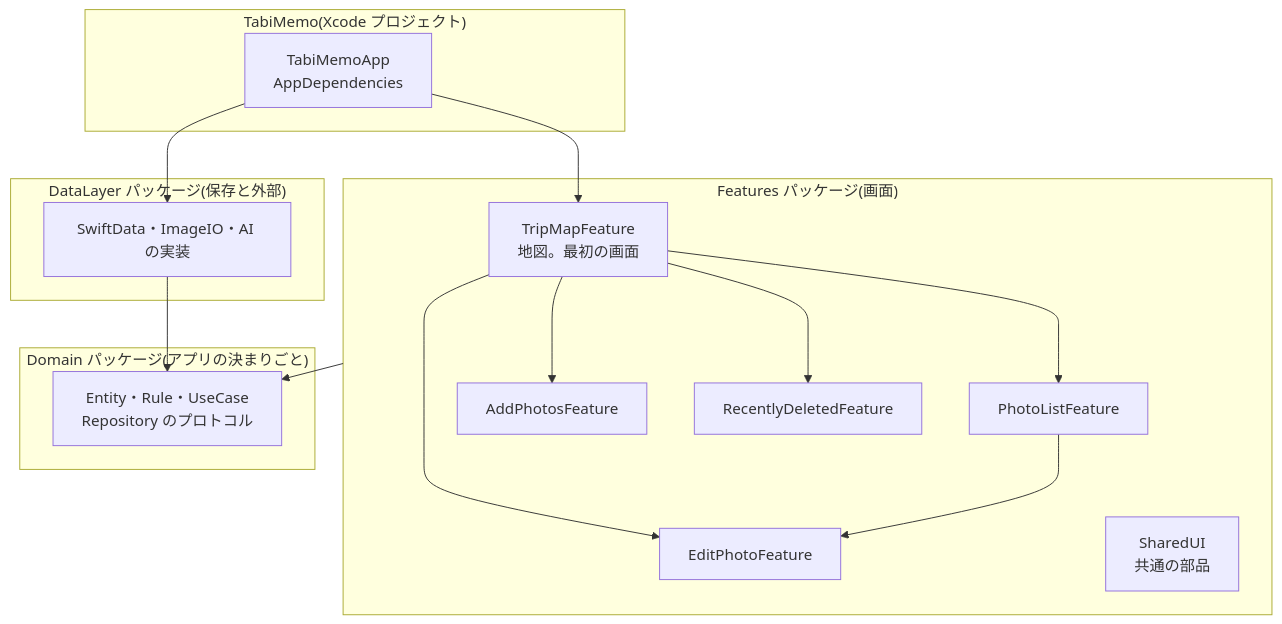
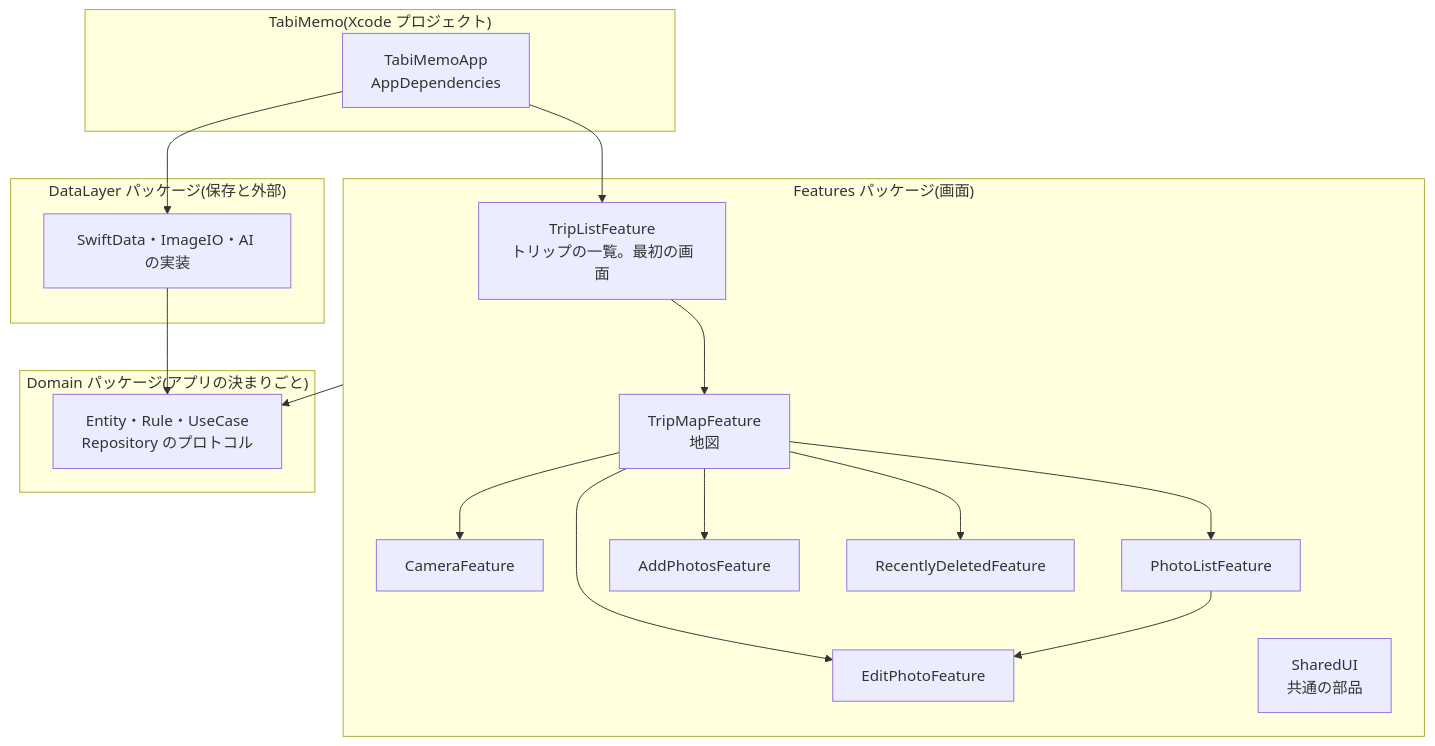
The first of 2 diagrams in README.md (akidon0000/tabi-memo), drawn with Mermaid before and after one commit. The commit also changed other lines of this file and 81 other files, not shown here.

````diff
--- a/README.md
+++ b/README.md
@@ -49,27 +49,30 @@
 ```mermaid
 flowchart TB
     subgraph App["TabiMemo(Xcode プロジェクト)"]
         AppMain["TabiMemoApp<br/>AppDependencies"]
     end
     subgraph Features["Features パッケージ(画面)"]
-        TripMap["TripMapFeature<br/>地図。最初の画面"]
+        TripList["TripListFeature<br/>トリップの一覧。最初の画面"]
+        TripMap["TripMapFeature<br/>地図"]
+        Camera["CameraFeature"]
         PhotoList["PhotoListFeature"]
         AddPhotos["AddPhotosFeature"]
         EditPhoto["EditPhotoFeature"]
         RecentlyDeleted["RecentlyDeletedFeature"]
         SharedUI["SharedUI<br/>共通の部品"]
     end
     subgraph DataLayer["DataLayer パッケージ(保存と外部)"]
         Data["SwiftData・ImageIO・AI の実装"]
     end
     subgraph Domain["Domain パッケージ(アプリの決まりごと)"]
         Dom["Entity・Rule・UseCase<br/>Repository のプロトコル"]
     end
 
-    AppMain --> TripMap
+    AppMain --> TripList
+    TripList --> TripMap
     AppMain --> Data
-    TripMap --> PhotoList & AddPhotos & EditPhoto & RecentlyDeleted
+    TripMap --> PhotoList & AddPhotos & EditPhoto & RecentlyDeleted & Camera
     PhotoList --> EditPhoto
     Features --> Dom
     Data --> Dom
 ```
````
